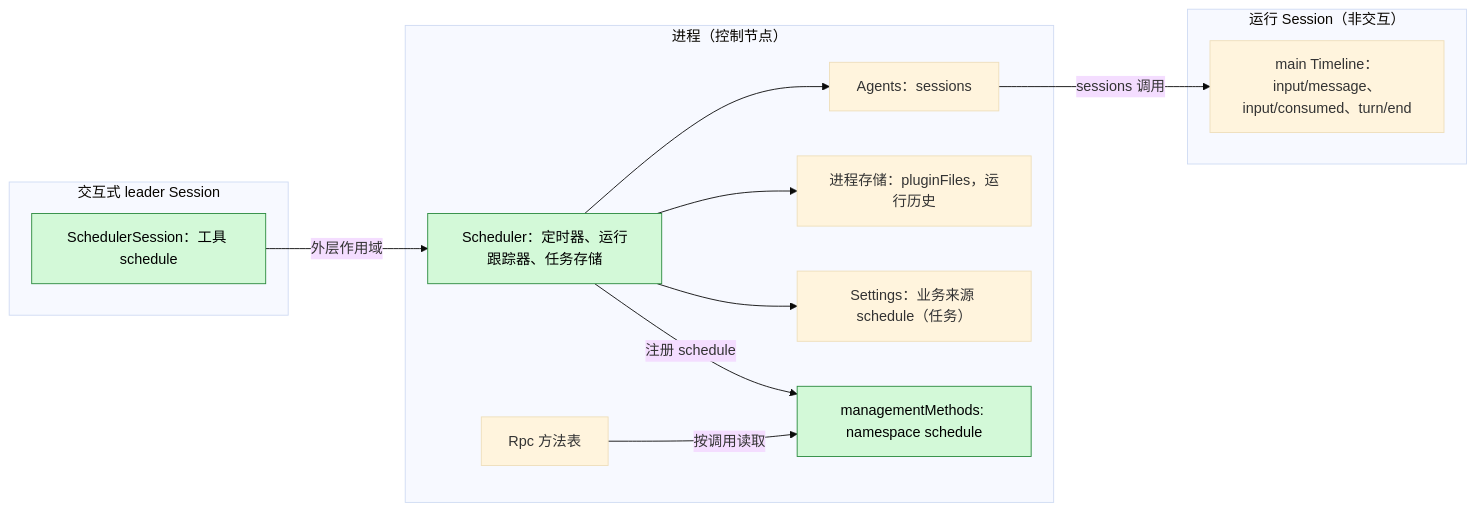
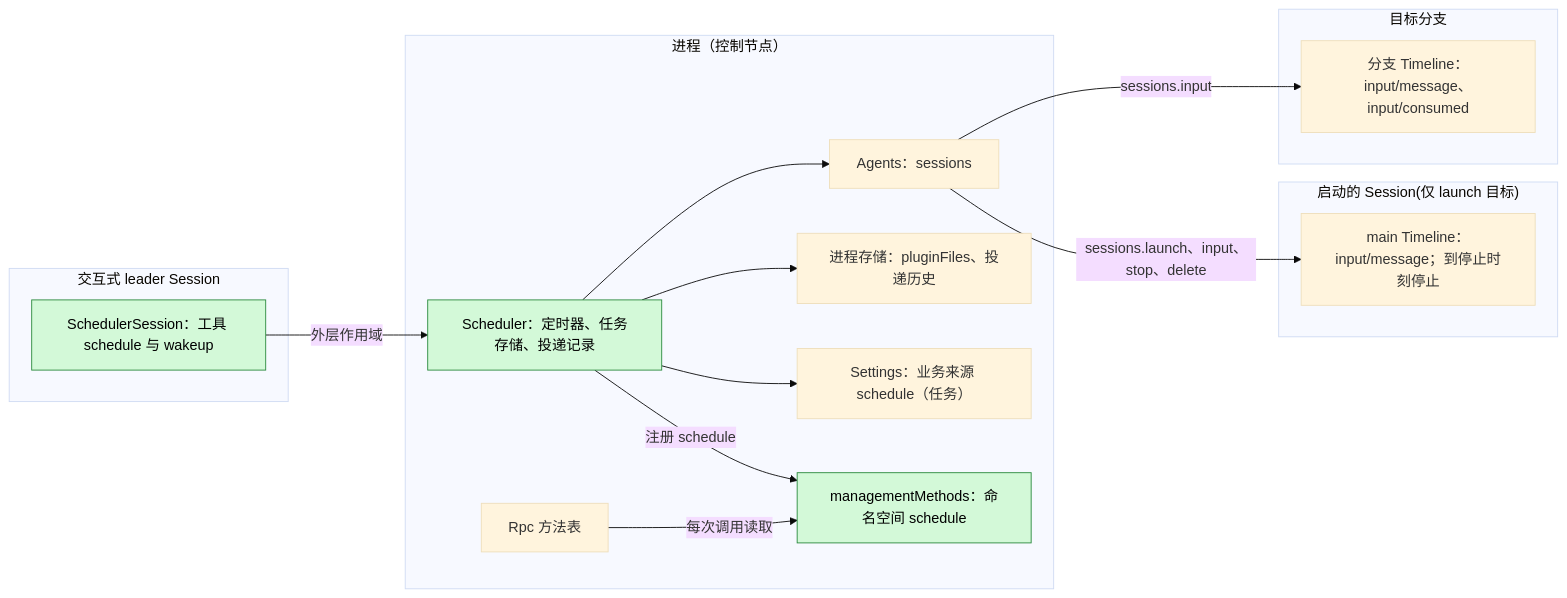
Before and after one commit to CoutinhoTTS/dim-agent: the first of 5 diagrams in docs/zh/design/plugins/Scheduler.md, drawn with Mermaid (base theme). The commit also changed other lines of this file and 5 other files, not shown here.

````diff
--- a/docs/zh/design/plugins/Scheduler.md
+++ b/docs/zh/design/plugins/Scheduler.md
@@ -15,26 +13,30 @@
 ```mermaid
 flowchart LR
   subgraph PROC["进程（控制节点）"]
-    Sched["Scheduler：定时器、运行跟踪器、任务存储"]
-    MM["managementMethods: namespace schedule"]
+    Sched["Scheduler：定时器、任务存储、投递记录"]
+    MM["managementMethods：命名空间 schedule"]
     Agents["Agents：sessions"]
     Rpc["Rpc 方法表"]
-    Store["进程存储：pluginFiles，运行历史"]
+    Store["进程存储：pluginFiles、投递历史"]
     Set["Settings：业务来源 schedule（任务）"]
   end
   subgraph SESS["交互式 leader Session"]
-    Tool["SchedulerSession：工具 schedule"]
+    Tool["SchedulerSession：工具 schedule 与 wakeup"]
   end
-  subgraph RUN["运行 Session（非交互）"]
-    TL["main Timeline：input/message、input/consumed、turn/end"]
+  subgraph TGT["目标分支"]
+    TL["分支 Timeline：input/message、input/consumed"]
+  end
+  subgraph RUN["启动的 Session(仅 launch 目标)"]
+    RTL["main Timeline：input/message；到停止时刻停止"]
   end
   Tool -->|"外层作用域"| Sched
   Sched --> Agents
   Sched --> Store
   Sched --> Set
   Sched -->|"注册 schedule"| MM
-  Rpc -->|"按调用读取"| MM
-  Agents -->|"sessions 调用"| TL
+  Rpc -->|"每次调用读取"| MM
+  Agents -->|"sessions.input"| TL
+  Agents -->|"sessions.launch、input、stop、delete"| RTL
   classDef new fill:#d3f9d8,stroke:#2b8a3e,color:#000
   class Sched,MM,Tool new
 ```
````
